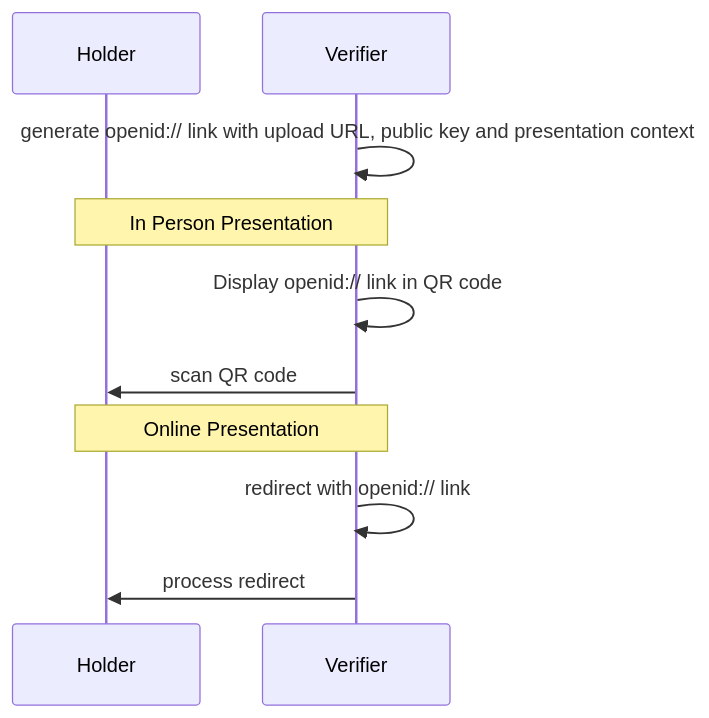
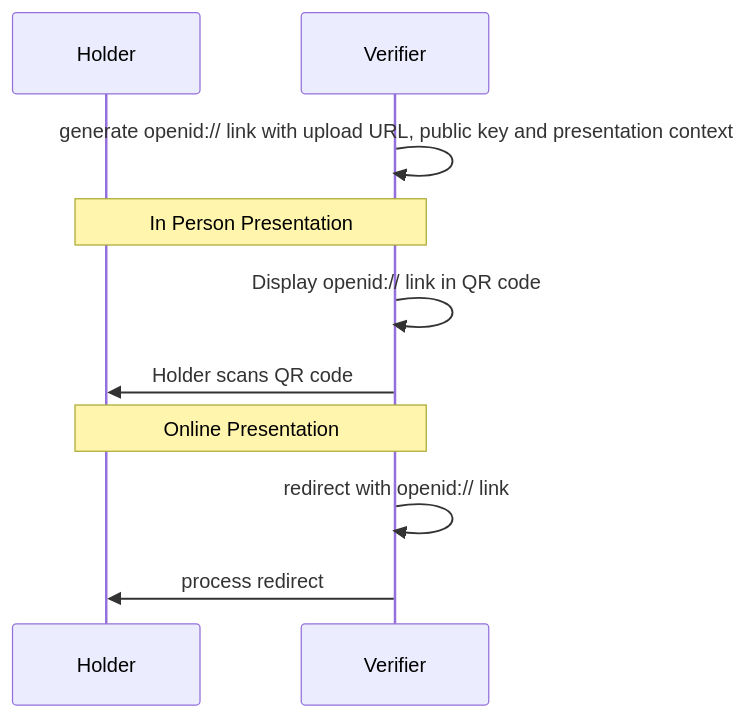
The third of 4 diagrams in docs/index.md (smart-on-fhir/health-cards), drawn with Mermaid before and after one commit.

Commit message:
clarify direction of QR code scanning

````diff
--- a/docs/index.md
+++ b/docs/index.md
@@ -473,15 +473,15 @@
 ```mermaid
 sequenceDiagram
 participant Holder
 participant Verifier
 
 Verifier ->> Verifier: generate openid:// link with upload URL, public key and presentation context
 
 note over Holder, Verifier: In Person Presentation
 Verifier ->> Verifier: Display openid:// link in QR code
-Verifier ->> Holder: scan QR code
+Verifier ->> Holder: Holder scans QR code
 
 note over Holder, Verifier: Online Presentation
 Verifier ->> Verifier: redirect with openid:// link
 Verifier ->> Holder: process redirect
 ```
````
